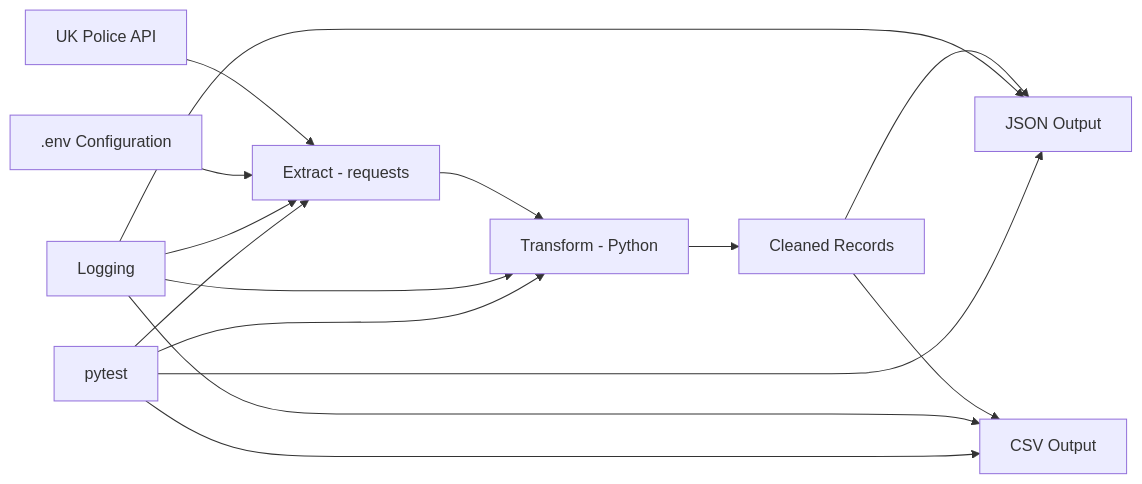
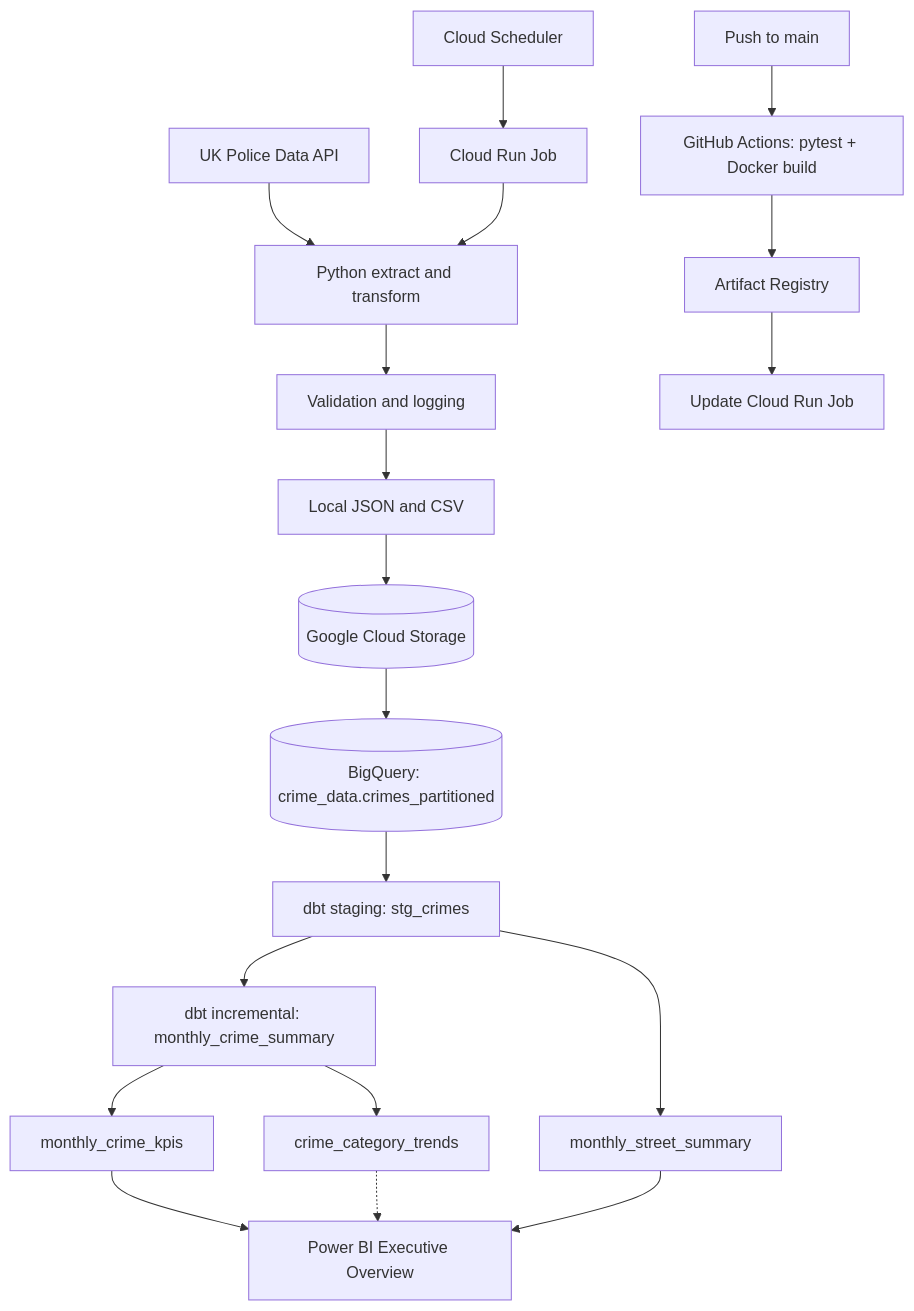
The diagram in README.md (Rohit-Roby/uk-crime-data-pipeline), drawn with Mermaid before and after one commit. The commit also changed other lines of this file and 3 other files, not shown here.

Commit message:
Document v1.0 architecture and PowerBI dashboard

````diff
--- a/README.md
+++ b/README.md
@@ -9,17 +26,21 @@
 ```mermaid
-flowchart LR
-    A[UK Police API] --> B[Extract - requests]
-    B --> C[Transform - Python]
-    C --> D[Cleaned Records]
-    D --> E[JSON Output]
-    D --> F[CSV Output]
-    G[.env Configuration] --> B
-    H[Logging] --> B
-    H --> C
-    H --> E
-    H --> F
-    I[pytest] --> B
-    I --> C
-    I --> E
-    I --> F
+flowchart TD
+    P[UK Police Data API] --> E[Python extract and transform]
+    E --> V[Validation and logging]
+    V --> F[Local JSON and CSV]
+    F --> G[(Google Cloud Storage)]
+    G --> B[(BigQuery: crime_data.crimes_partitioned)]
+    B --> S[dbt staging: stg_crimes]
+    S --> M[dbt incremental: monthly_crime_summary]
+    M --> K[monthly_crime_kpis]
+    M --> C[crime_category_trends]
+    S --> L[monthly_street_summary]
+    K --> BI[Power BI Executive Overview]
+    L --> BI
+    C -.-> BI
+    SCH[Cloud Scheduler] --> RUN[Cloud Run Job]
+    RUN --> E
+    PUSH[Push to main] --> CI[GitHub Actions: pytest + Docker build]
+    CI --> AR[Artifact Registry]
+    AR --> DEP[Update Cloud Run Job]
 ```
````
